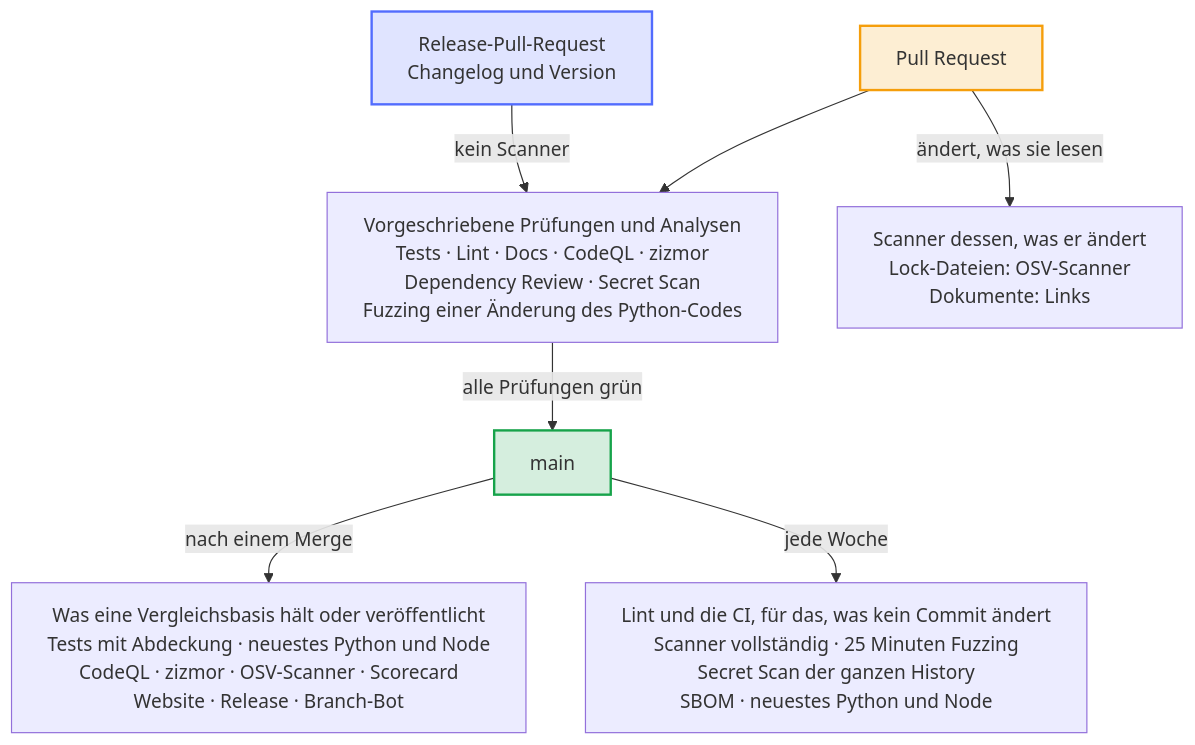
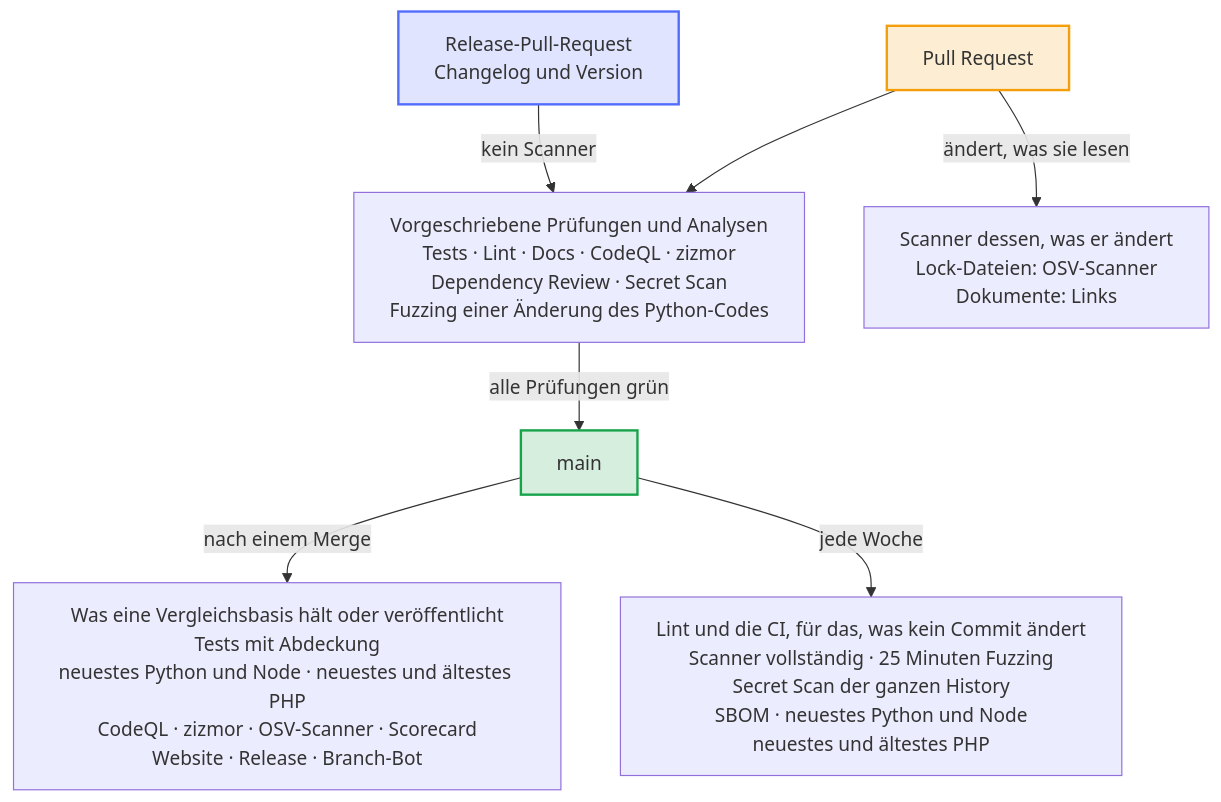
The diagram in docs/diagrams/when-the-checks-run.de.mmd (Dennis-Otto/repo-blueprint), drawn with Mermaid before and after one commit. The commit also changed 27 other files, not shown here.

```diff
--- a/docs/diagrams/when-the-checks-run.de.mmd
+++ b/docs/diagrams/when-the-checks-run.de.mmd
@@ -1,30 +1,30 @@
 ---
 config:
   flowchart:
     wrappingWidth: 400
 ---
 flowchart TB
     accTitle: Wann die Prüfungen laufen
-    accDescr: Jeder Pull Request führt die vorgeschriebenen Prüfungen aus, darunter das Fuzzing, das nur eine Änderung des Python-Codes, seiner Ziele oder seiner Werkzeuge fuzzt, und zizmor, auf dessen Analyse die Regeln von main warten, und die Scanner dessen, was er ändert: OSV-Scanner für eine Lock-Datei und die Link-Prüfung für ein Dokument. Der Release-Pull-Request, der nur den Changelog und die Version ändert, führt die vorgeschriebenen Prüfungen und zizmor ohne die Scanner aus. Nach einem Merge führt main nur aus, was eine Vergleichsbasis hält oder veröffentlicht. Jede Woche führt main Lint und die CI aus, für das, was kein Commit ändert, die Scanner vollständig, den Secret Scan der ganzen History, die SBOM und das neueste Python und Node.
+    accDescr: Jeder Pull Request führt die vorgeschriebenen Prüfungen aus, darunter das Fuzzing, das nur eine Änderung des Python-Codes, seiner Ziele oder seiner Werkzeuge fuzzt, und zizmor, auf dessen Analyse die Regeln von main warten, und die Scanner dessen, was er ändert: OSV-Scanner für eine Lock-Datei und die Link-Prüfung für ein Dokument. Der Release-Pull-Request, der nur den Changelog und die Version ändert, führt die vorgeschriebenen Prüfungen und zizmor ohne die Scanner aus. Nach einem Merge führt main nur aus, was eine Vergleichsbasis hält oder veröffentlicht. Jede Woche führt main Lint und die CI aus, für das, was kein Commit ändert, die Scanner vollständig, den Secret Scan der ganzen History, die SBOM, das neueste Python und Node und das neueste und das älteste PHP.
 
     pr["Pull Request"]
     rpr["Release-Pull-Request<br>Changelog und Version"]
     required["Vorgeschriebene Prüfungen und Analysen<br>Tests · Lint · Docs · CodeQL · zizmor<br>Dependency Review · Secret Scan<br>Fuzzing einer Änderung des Python-Codes"]
     scanners["Scanner dessen, was er ändert<br>Lock-Dateien: OSV-Scanner<br>Dokumente: Links"]
     main["main"]
-    baseline["Was eine Vergleichsbasis hält oder veröffentlicht<br>Tests mit Abdeckung · neuestes Python und Node<br>CodeQL · zizmor · OSV-Scanner · Scorecard<br>Website · Release · Branch-Bot"]
-    weekly["Lint und die CI, für das, was kein Commit ändert<br>Scanner vollständig · 25 Minuten Fuzzing<br>Secret Scan der ganzen History<br>SBOM · neuestes Python und Node"]
+    baseline["Was eine Vergleichsbasis hält oder veröffentlicht<br>Tests mit Abdeckung<br>neuestes Python und Node · neuestes und ältestes PHP<br>CodeQL · zizmor · OSV-Scanner · Scorecard<br>Website · Release · Branch-Bot"]
+    weekly["Lint und die CI, für das, was kein Commit ändert<br>Scanner vollständig · 25 Minuten Fuzzing<br>Secret Scan der ganzen History<br>SBOM · neuestes Python und Node<br>neuestes und ältestes PHP"]
 
     pr --> required
     pr -- "ändert, was sie lesen" --> scanners
     rpr -- "kein Scanner" --> required
     required -- "alle Prüfungen grün" --> main
     main -- "nach einem Merge" --> baseline
     main -- "jede Woche" --> weekly
 
     classDef bot fill:#526cfe2e,stroke:#526cfe,stroke-width:2px
     classDef person fill:#f59e0b2e,stroke:#f59e0b,stroke-width:2px
     classDef done fill:#16a34a2e,stroke:#16a34a,stroke-width:2px
     class pr person
     class rpr bot
     class main done
```
